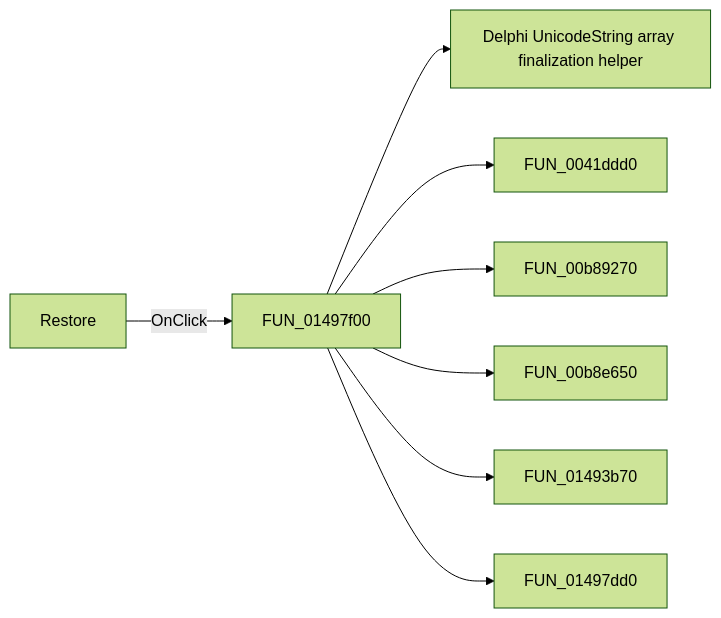
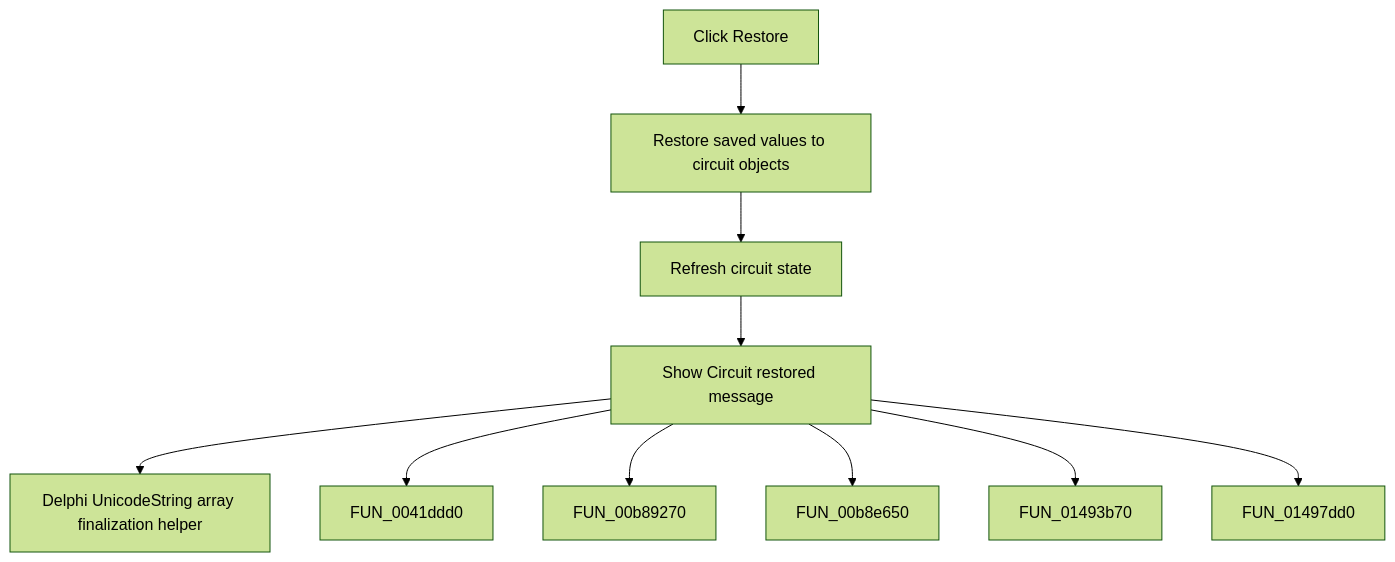
One commit to MovGP0/TIARA changed the diagram in docs/ui-controls/frmdesigntool/brestore-403e3750b6.md. Above: the diagram before and after it, drawn with Mermaid (forest theme). The commit also changed other lines of this file and 387 other files, not shown here.

````diff
--- a/docs/ui-controls/frmdesigntool/brestore-403e3750b6.md
+++ b/docs/ui-controls/frmdesigntool/brestore-403e3750b6.md
@@ -27,10 +27,12 @@
 ```mermaid
-flowchart LR
-    control["Restore"] -->|OnClick| handler["FUN_01497f00"]
+flowchart TD
+    control["Click Restore"] --> restore["Restore saved values to circuit objects"]
+    restore --> refresh["Refresh circuit state"]
+    refresh --> handler["Show Circuit restored message"]
     handler --> call1["Delphi UnicodeString array finalization helper"]
     handler --> call2["FUN_0041ddd0"]
     handler --> call3["FUN_00b89270"]
     handler --> call4["FUN_00b8e650"]
     handler --> call5["FUN_01493b70"]
     handler --> call6["FUN_01497dd0"]
 ```
````
